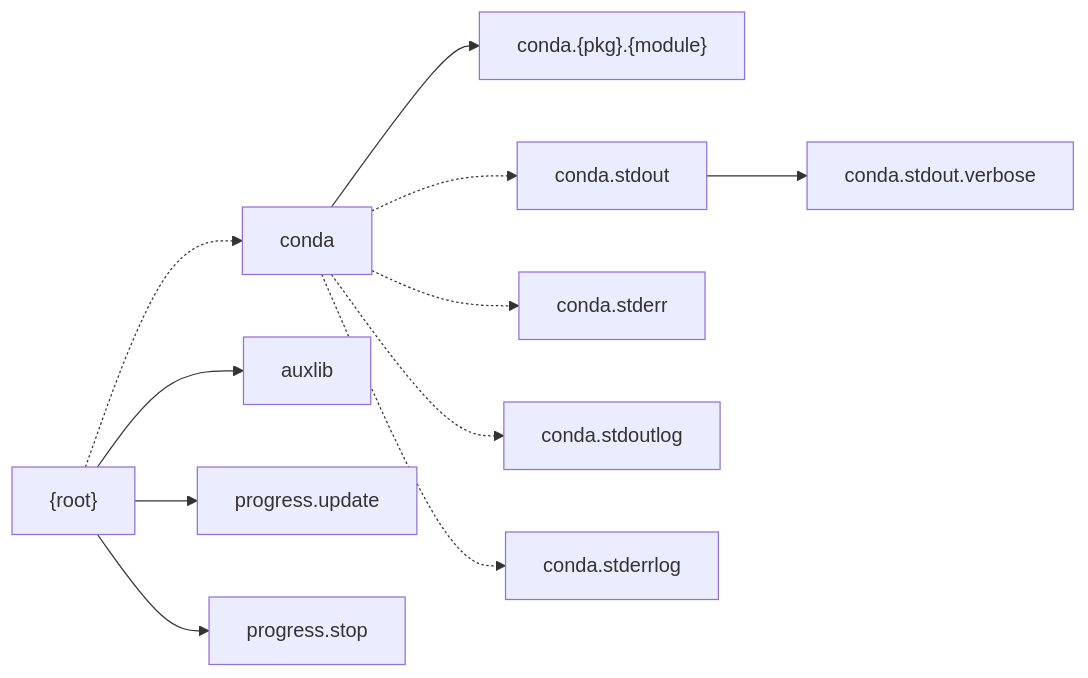
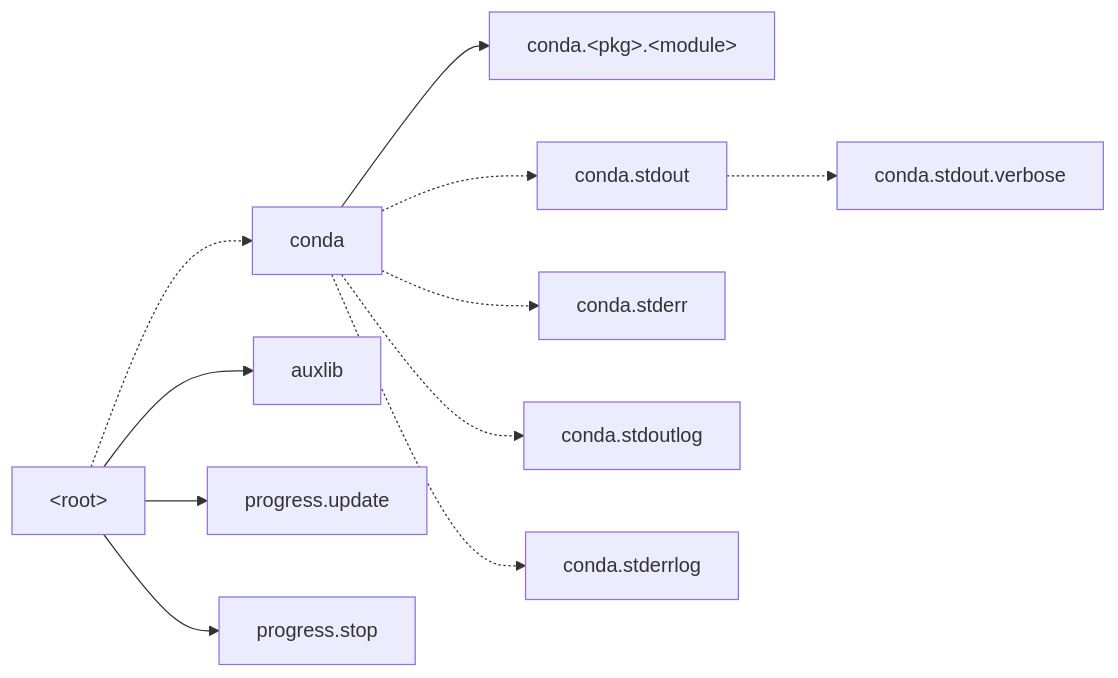
Before and after one commit to conda/conda: the diagram in docs/source/dev-guide/deep-dives/logging.md, drawn with Mermaid. The commit also changed other lines of this file, not shown here.

Commit message:
Minor improvement to hierarchy description

````diff
--- a/docs/source/dev-guide/deep-dives/logging.md
+++ b/docs/source/dev-guide/deep-dives/logging.md
@@ -16,11 +16,13 @@
 ```{mermaid}
+:caption: The conda logger hierarchy. Dotted lines represent relations with `propagate = False`.
+
 flowchart LR
-    root["{root}"] -.-> conda
-    conda --> modules["conda.{pkg}.{module}"]
-    conda -.-> conda.stdout --> conda.stdout.verbose
+    root["&lt;root&gt;"] -.-> conda
+    conda --> modules["conda.&lt;pkg&gt;.&lt;module&gt;"]
+    conda -.-> conda.stdout -.-> conda.stdout.verbose
     conda -.-> conda.stderr
     conda -.-> conda.stdoutlog
     conda -.-> conda.stderrlog
     root --> auxlib
     root --> progress.update & progress.stop
 ```
````
